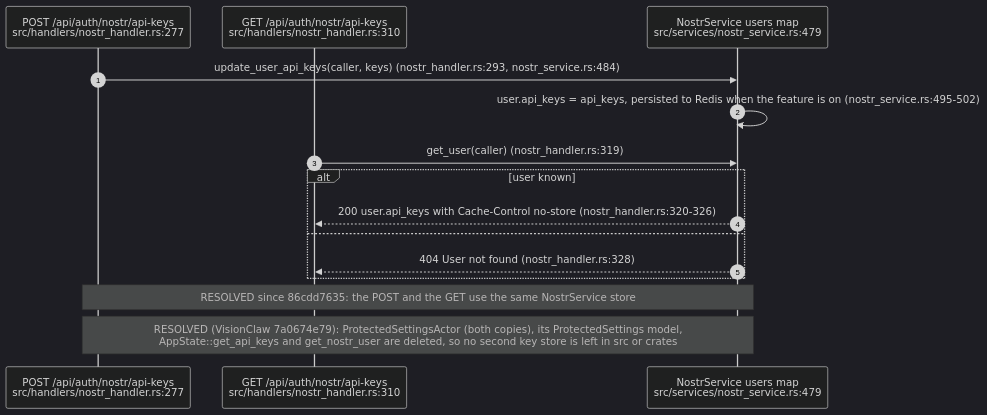
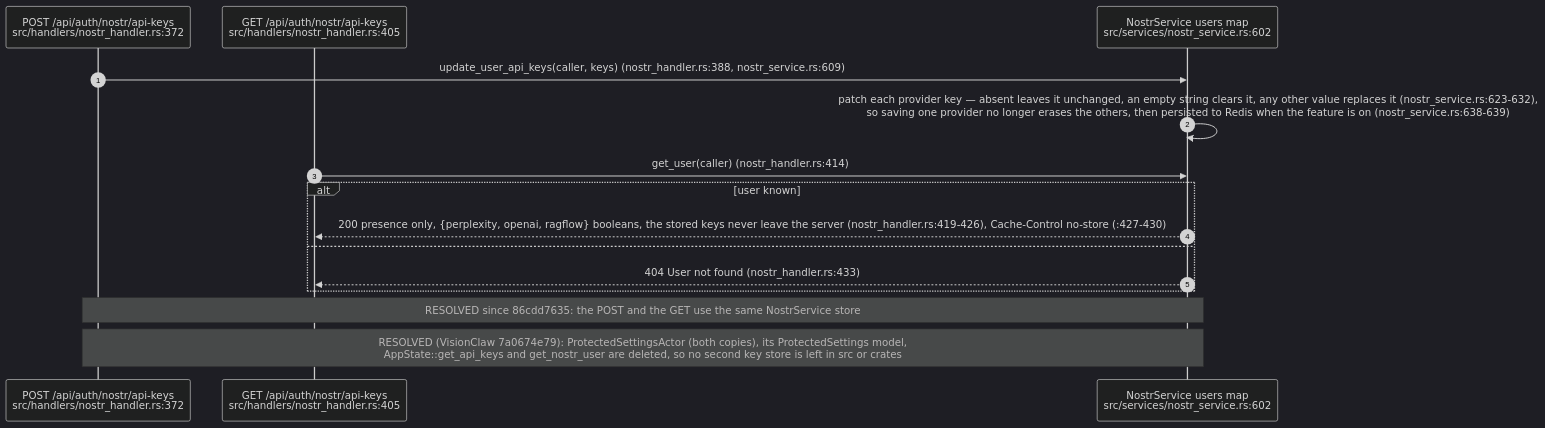
The fifth of 9 diagrams in docs/diagrams/visionclaw/06-settings-round-trip.md (DreamLab-AI/VisionFlow), drawn with Mermaid (dark theme) before and after one commit. The commit also changed other lines of this file and 7 other files, not shown here.

````diff
--- a/docs/diagrams/visionclaw/06-settings-round-trip.md
+++ b/docs/diagrams/visionclaw/06-settings-round-trip.md
@@ -222,18 +218,18 @@
 ```mermaid
 sequenceDiagram
     autonumber
-    participant HP as POST /api/auth/nostr/api-keys<br/>src/handlers/nostr_handler.rs:277
-    participant HG as GET /api/auth/nostr/api-keys<br/>src/handlers/nostr_handler.rs:310
-    participant NS as NostrService users map<br/>src/services/nostr_service.rs:479
+    participant HP as POST /api/auth/nostr/api-keys<br/>src/handlers/nostr_handler.rs:372
+    participant HG as GET /api/auth/nostr/api-keys<br/>src/handlers/nostr_handler.rs:405
+    participant NS as NostrService users map<br/>src/services/nostr_service.rs:602
 
-    HP->>NS: update_user_api_keys(caller, keys) (nostr_handler.rs:293, nostr_service.rs:484)
-    NS->>NS: user.api_keys = api_keys, persisted to Redis when the feature is on (nostr_service.rs:495-502)
-    HG->>NS: get_user(caller) (nostr_handler.rs:319)
+    HP->>NS: update_user_api_keys(caller, keys) (nostr_handler.rs:388, nostr_service.rs:609)
+    NS->>NS: patch each provider key — absent leaves it unchanged, an empty string clears it, any other value replaces it (nostr_service.rs:623-632),<br/>so saving one provider no longer erases the others, then persisted to Redis when the feature is on (nostr_service.rs:638-639)
+    HG->>NS: get_user(caller) (nostr_handler.rs:414)
     alt user known
-        NS-->>HG: 200 user.api_keys with Cache-Control no-store (nostr_handler.rs:320-326)
+        NS-->>HG: 200 presence only, {perplexity, openai, ragflow} booleans, the stored keys never leave the server (nostr_handler.rs:419-426), Cache-Control no-store (:427-430)
     else
-        NS-->>HG: 404 User not found (nostr_handler.rs:328)
+        NS-->>HG: 404 User not found (nostr_handler.rs:433)
     end
     Note over HP,NS: RESOLVED since 86cdd7635: the POST and the GET use the same NostrService store
     Note over HP,NS: RESOLVED (VisionClaw 7a0674e79): ProtectedSettingsActor (both copies), its ProtectedSettings model,<br/>AppState::get_api_keys and get_nostr_user are deleted, so no second key store is left in src or crates
 ```
````
